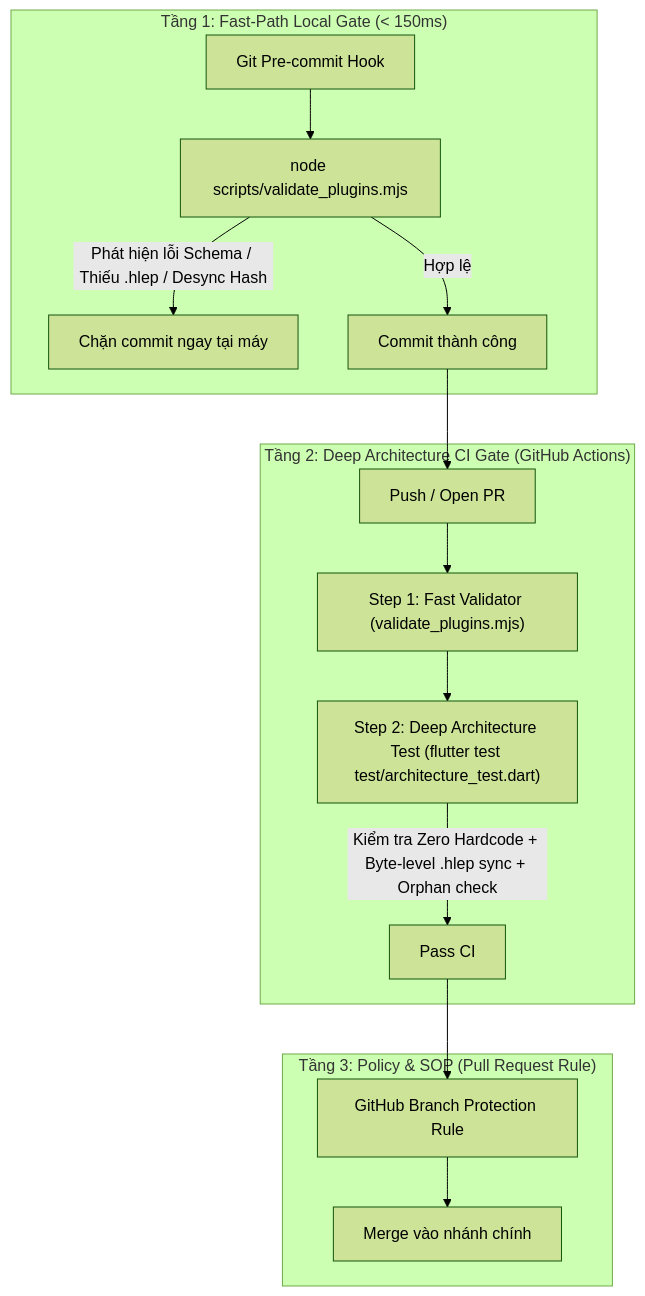
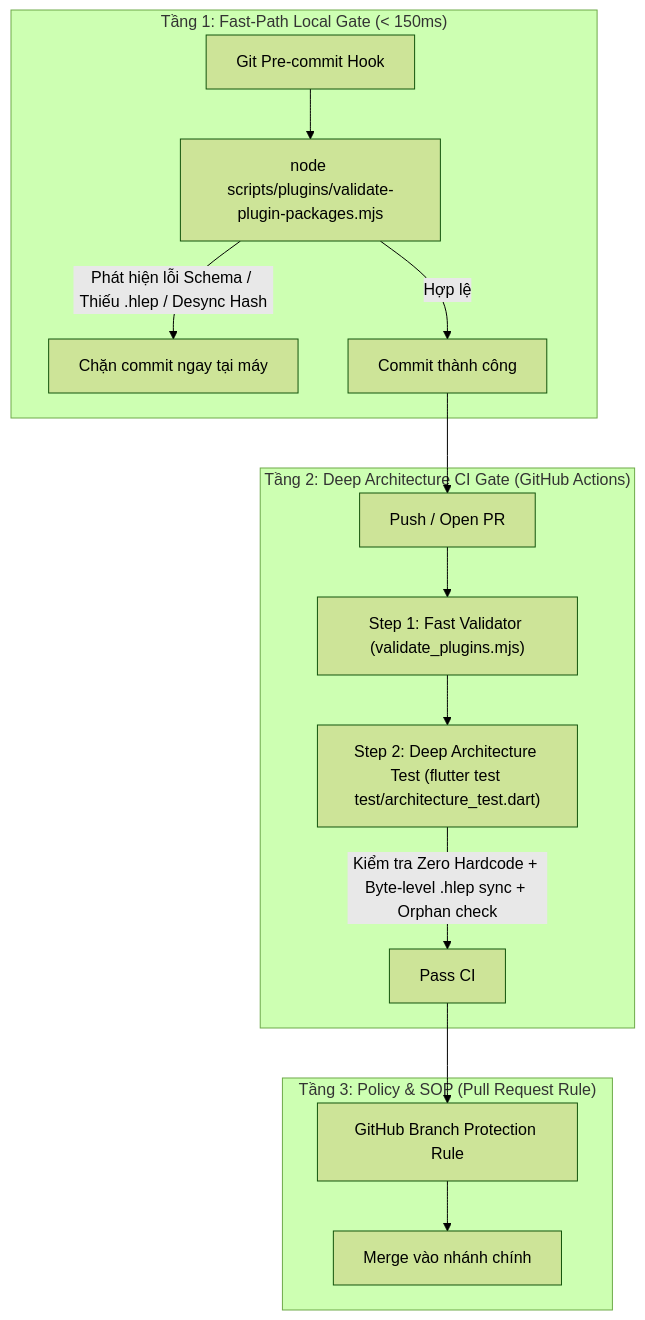
The diagram in plans/plugin-lifecycle-ci-enforcement/plan.md (KhacToanNguyen-23/HocLuc-TeacherStation-Flutter), drawn with Mermaid (forest theme) before and after one commit. The commit also changed other lines of this file and 140 other files, not shown here.

````diff
--- a/plans/plugin-lifecycle-ci-enforcement/plan.md
+++ b/plans/plugin-lifecycle-ci-enforcement/plan.md
@@ -13,20 +13,20 @@
 ```mermaid
 flowchart TD
     subgraph T1["Tầng 1: Fast-Path Local Gate (< 150ms)"]
-        G1[Git Pre-commit Hook] --> V1["node scripts/validate_plugins.mjs"]
+        G1[Git Pre-commit Hook] --> V1["node scripts/plugins/validate-plugin-packages.mjs"]
         V1 -- "Phát hiện lỗi Schema / Thiếu .hlep / Desync Hash" --> B1[Chặn commit ngay tại máy]
         V1 -- "Hợp lệ" --> C1[Commit thành công]
     end
 
     subgraph T2["Tầng 2: Deep Architecture CI Gate (GitHub Actions)"]
         C1 --> PR[Push / Open PR]
         PR --> CI1["Step 1: Fast Validator (validate_plugins.mjs)"]
         CI1 --> CI2["Step 2: Deep Architecture Test (flutter test test/architecture_test.dart)"]
         CI2 -- "Kiểm tra Zero Hardcode + Byte-level .hlep sync + Orphan check" --> PASS[Pass CI]
     end
 
     subgraph T3["Tầng 3: Policy & SOP (Pull Request Rule)"]
         PASS --> GITHUB[GitHub Branch Protection Rule]
         GITHUB --> MERGE[Merge vào nhánh chính]
     end
 ```
````
